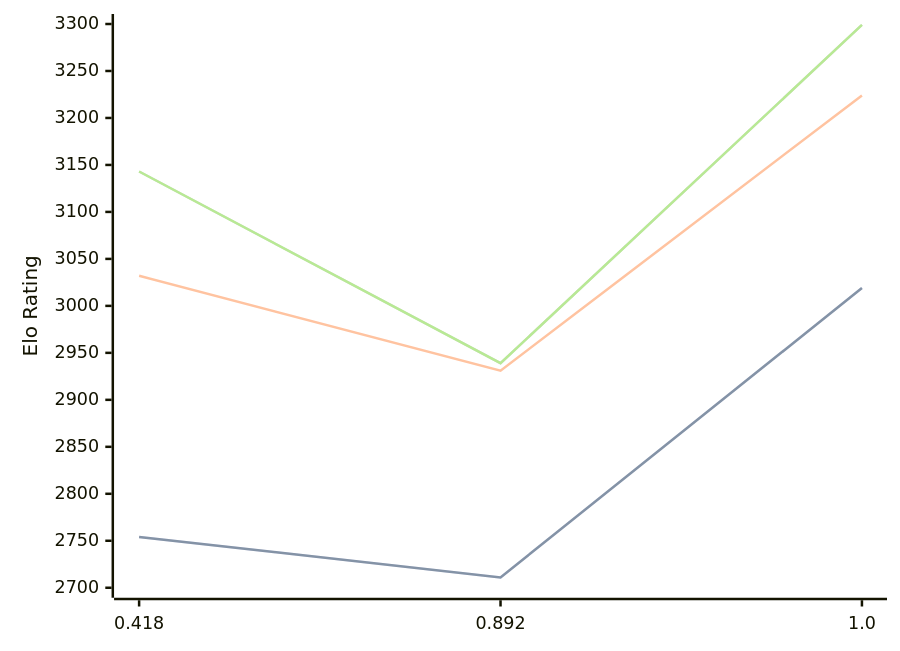
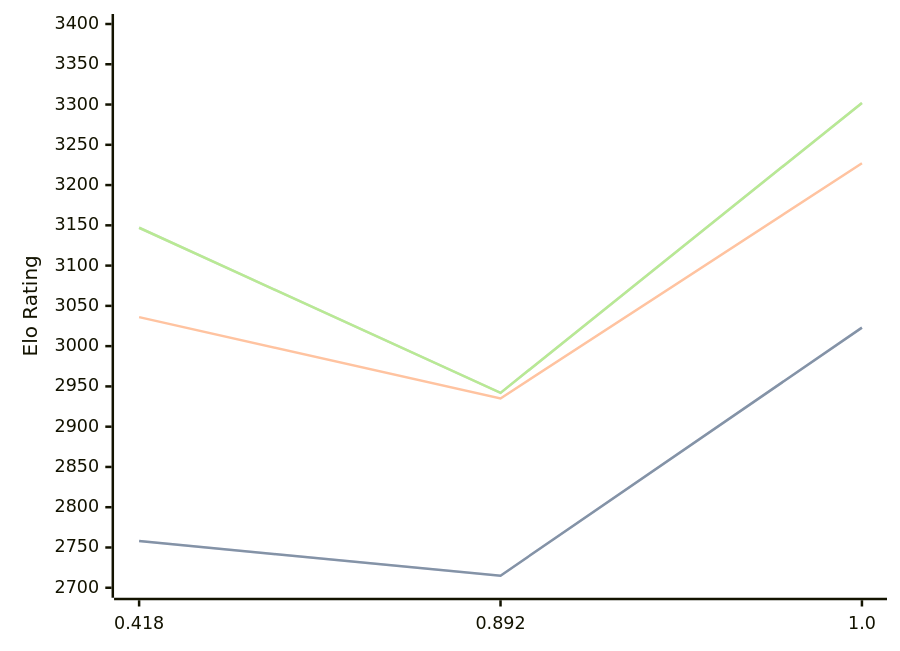
The diagram in engines/Malika.md (computer-chess-index/cci), drawn with Mermaid before and after one commit. The commit also changed other lines of this file, not shown here.

Commit message:
Update CCI Ratings (ELO VLTC) - 2026-05-02

````diff
--- a/engines/Malika.md
+++ b/engines/Malika.md
@@ -33,11 +33,11 @@
 ```mermaid
 %%{init: {"theme":"base","themeVariables":{"seriesColors:['#a3a3a3','#222221','#faa371']}}}%%
 xychart-beta
   x-axis ["0.418", "0.892", "1.0"]
-  y-axis "Elo Rating" 2700 --> 3300
-  line "STC (8.0+0.08s)" [2754, 2711, 3019]
-  line "STC (8.0+0.08s)" [2754, 2711, 3019]
-  line "LTC (60.0+0.60s)" [3032, 2931, 3224]
-  line "VLTC (2m24s+1.12s)" [3143, 2939, 3299]
-  line "VLTC (2m24s+1.12s)" [3143, 2939, 3299]
+  y-axis "Elo Rating" 2700 --> 3400
+  line "STC (8.0+0.08s)" [2758, 2715, 3023]
+  line "STC (8.0+0.08s)" [2758, 2715, 3023]
+  line "LTC (60.0+0.60s)" [3036, 2935, 3227]
+  line "VLTC (2m24s+1.12s)" [3147, 2942, 3302]
+  line "VLTC (2m24s+1.12s)" [3147, 2942, 3302]
 ```
````
